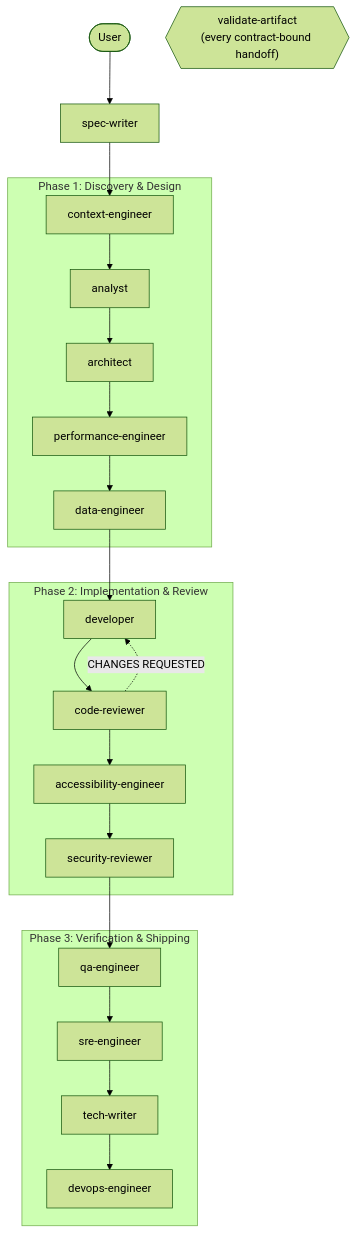
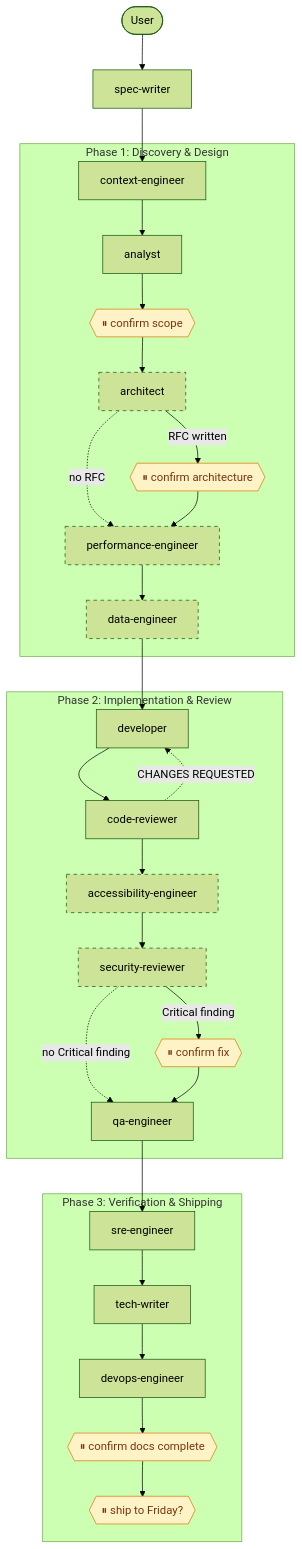
One commit to orieken/ai-assistant-dot-files changed the second of 2 diagrams in README.md. Above: the diagram before and after it, drawn with Mermaid (forest theme). The commit also changed other lines of this file, not shown here.

````diff
--- a/README.md
+++ b/README.md
@@ -273,29 +273,40 @@
 ```mermaid
-graph TD
+flowchart TD
     User([User]) --> SpecWriter[spec-writer]
     SpecWriter --> ContextEngineer[context-engineer]
 
-    subgraph "Phase 1: Discovery & Design"
+    subgraph "Phase 1: Discovery &amp; Design"
         ContextEngineer --> Analyst[analyst]
-        Analyst --> Architect[architect]
-        Architect --> Perf[performance-engineer]
+        Analyst --> Pause1{{"⏸ confirm scope"}}
+        Pause1 --> Architect[architect]
+        Architect -->|"RFC written"| Pause2{{"⏸ confirm architecture"}}
+        Architect -.->|"no RFC"| Perf[performance-engineer]
+        Pause2 --> Perf
         Perf --> Data[data-engineer]
     end
 
-    subgraph "Phase 2: Implementation & Review"
+    subgraph "Phase 2: Implementation &amp; Review"
         Data --> Developer[developer]
         Developer --> CodeReviewer[code-reviewer]
+        CodeReviewer -. "CHANGES REQUESTED" .-> Developer
         CodeReviewer --> A11y[accessibility-engineer]
         A11y --> SecurityReviewer[security-reviewer]
+        SecurityReviewer -->|"Critical finding"| Pause3{{"⏸ confirm fix"}}
+        SecurityReviewer -.->|"no Critical finding"| QAEngineer
     end
 
-    subgraph "Phase 3: Verification & Shipping"
-        SecurityReviewer --> QAEngineer[qa-engineer]
+    subgraph "Phase 3: Verification &amp; Shipping"
+        Pause3 --> QAEngineer[qa-engineer]
         QAEngineer --> SRE[sre-engineer]
         SRE --> TechWriter[tech-writer]
         TechWriter --> DevOpsEngineer[devops-engineer]
+        DevOpsEngineer --> Pause4{{"⏸ confirm docs complete"}}
+        Pause4 --> Ship{{"⏸ ship to Friday?"}}
     end
 
-    CodeReviewer -. "CHANGES REQUESTED" .-> Developer
-    ValidateArtifact{{"validate-artifact\n(every contract-bound handoff)"}}
+    classDef conditional stroke-dasharray: 5 5
+    class Architect,Perf,Data,A11y,SecurityReviewer conditional
+
+    classDef checkpoint fill:#fef3c7,stroke:#d97706,color:#78350f
+    class Pause1,Pause2,Pause3,Pause4,Ship checkpoint
 ```
````
